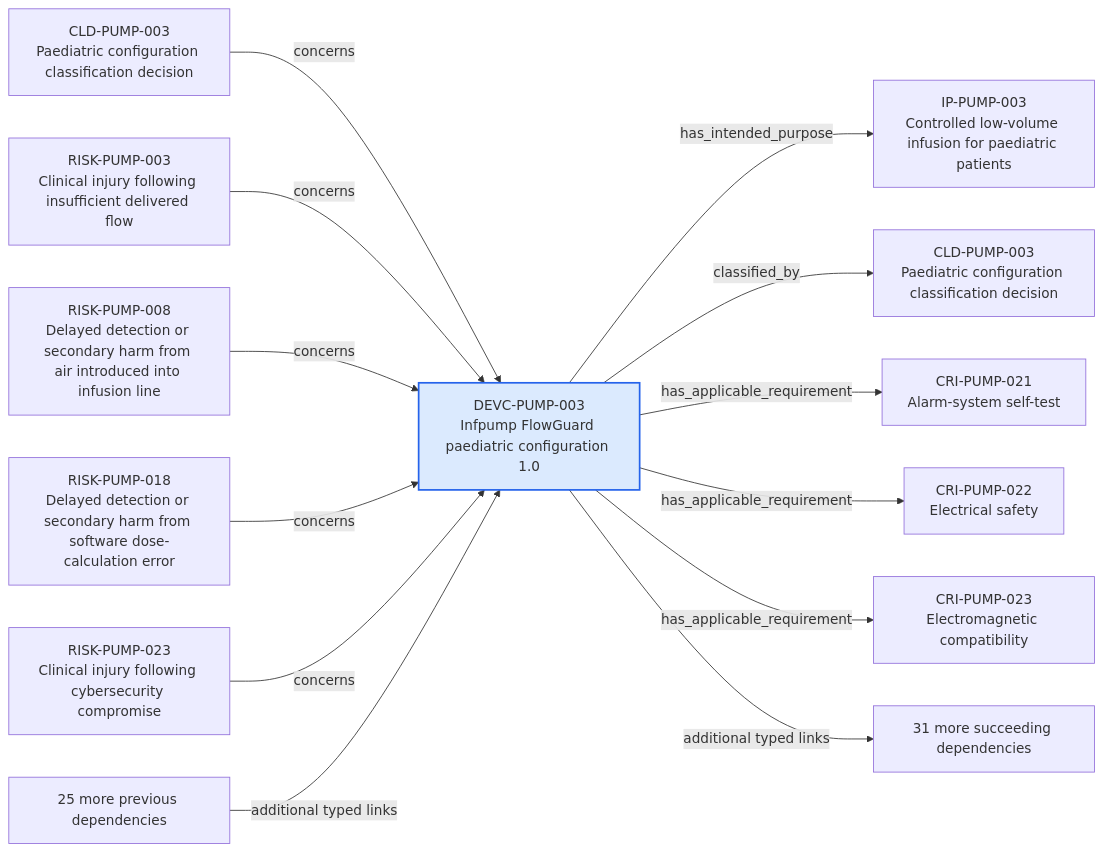
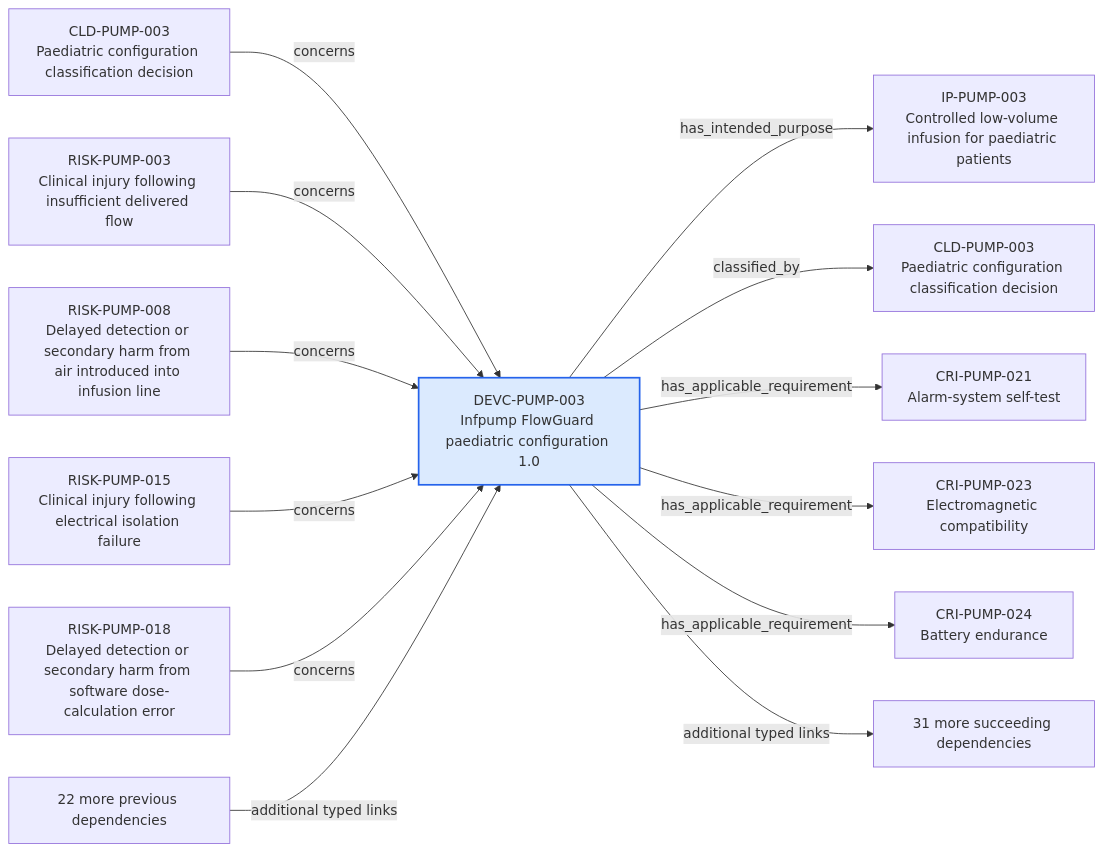
One commit to mvattulainen/mdrontology changed the diagram in content/06-Infpump FlowGuard ontology notes/device-configuration/DEVC-PUMP-003-infpump-flowguard-paediatric-configuration-10.md. Above: the diagram before and after it, drawn with Mermaid. The commit also changed other lines of this file and 321 other files, not shown here.

Commit message:
Implement Mermaid ontology audit findings

````diff
--- a/content/06-Infpump FlowGuard ontology notes/device-configuration/DEVC-PUMP-003-infpump-flowguard-paediatric-configuration-10.md
+++ b/content/06-Infpump FlowGuard ontology notes/device-configuration/DEVC-PUMP-003-infpump-flowguard-paediatric-configuration-10.md
@@ -159,30 +159,30 @@
 ```mermaid
 flowchart LR
   CURRENT["DEVC-PUMP-003<br/>Infpump FlowGuard paediatric configuration 1.0"]
   PREV0["CLD-PUMP-003<br/>Paediatric configuration classification decision"]
   PREV0 -->|"concerns"| CURRENT
   PREV1["RISK-PUMP-003<br/>Clinical injury following insufficient delivered flow"]
   PREV1 -->|"concerns"| CURRENT
   PREV2["RISK-PUMP-008<br/>Delayed detection or secondary harm from air introduced into infusion line"]
   PREV2 -->|"concerns"| CURRENT
-  PREV3["RISK-PUMP-018<br/>Delayed detection or secondary harm from software dose-calculation error"]
+  PREV3["RISK-PUMP-015<br/>Clinical injury following electrical isolation failure"]
   PREV3 -->|"concerns"| CURRENT
-  PREV4["RISK-PUMP-023<br/>Clinical injury following cybersecurity compromise"]
+  PREV4["RISK-PUMP-018<br/>Delayed detection or secondary harm from software dose-calculation error"]
   PREV4 -->|"concerns"| CURRENT
-  PREV_MORE["25 more previous dependencies"]
+  PREV_MORE["22 more previous dependencies"]
   PREV_MORE -->|"additional typed links"| CURRENT
   NEXT0["IP-PUMP-003<br/>Controlled low-volume infusion for paediatric patients"]
   CURRENT -->|"has_intended_purpose"| NEXT0
   NEXT1["CLD-PUMP-003<br/>Paediatric configuration classification decision"]
   CURRENT -->|"classified_by"| NEXT1
   NEXT2["CRI-PUMP-021<br/>Alarm-system self-test"]
   CURRENT -->|"has_applicable_requirement"| NEXT2
-  NEXT3["CRI-PUMP-022<br/>Electrical safety"]
+  NEXT3["CRI-PUMP-023<br/>Electromagnetic compatibility"]
   CURRENT -->|"has_applicable_requirement"| NEXT3
-  NEXT4["CRI-PUMP-023<br/>Electromagnetic compatibility"]
+  NEXT4["CRI-PUMP-024<br/>Battery endurance"]
   CURRENT -->|"has_applicable_requirement"| NEXT4
   NEXT_MORE["31 more succeeding dependencies"]
   CURRENT -->|"additional typed links"| NEXT_MORE
   classDef current fill:#dbeafe,stroke:#2563eb,stroke-width:2px
   class CURRENT current
 ```
````
